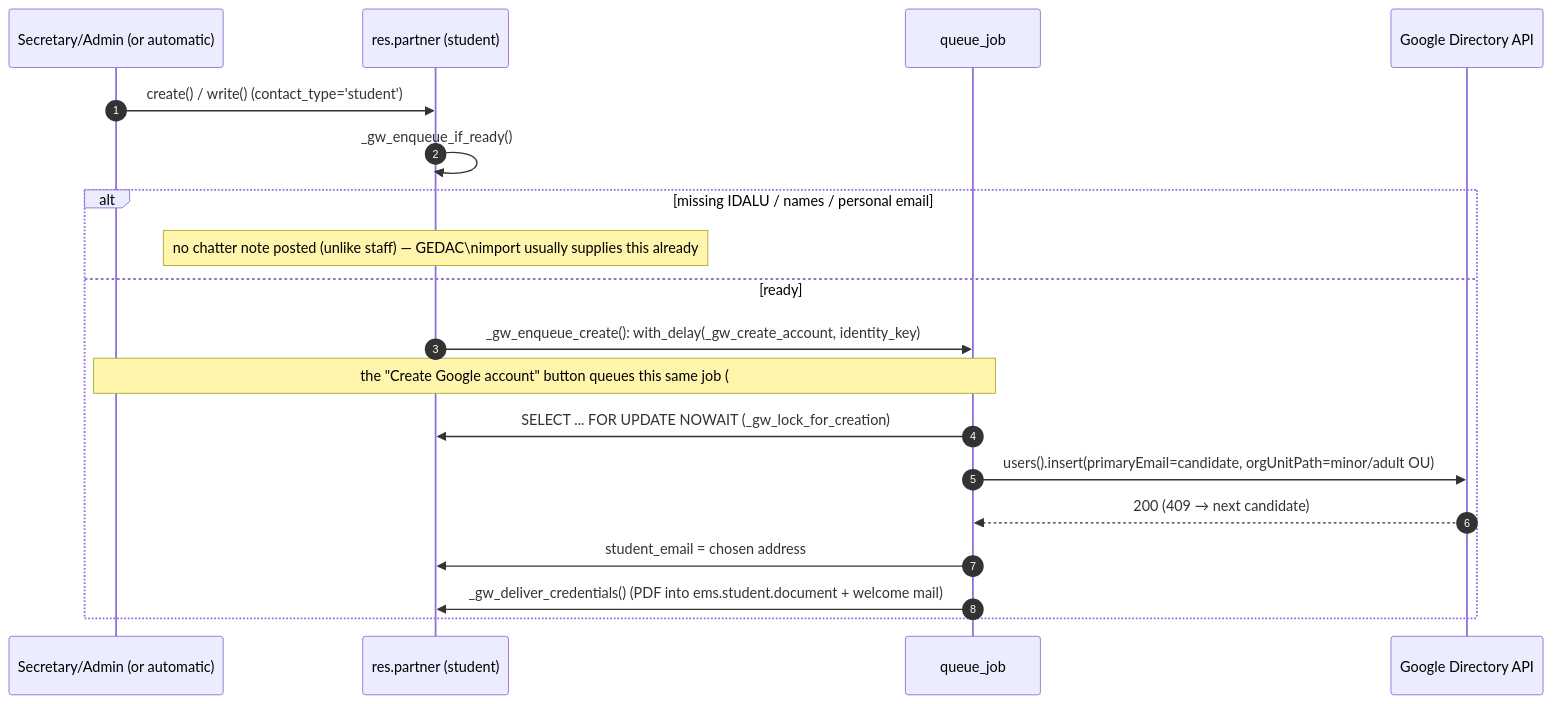
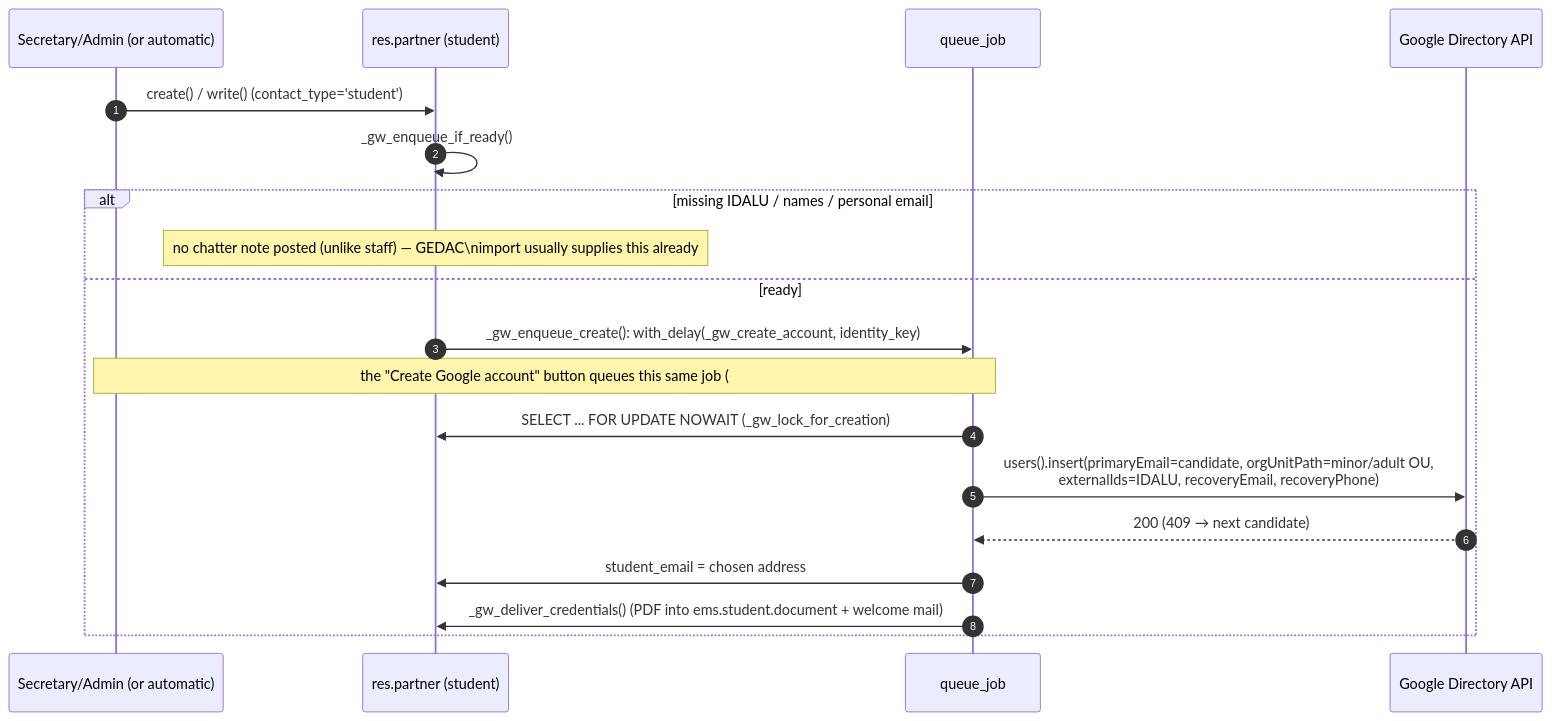
One commit to ElPuig/EMS changed the first of 6 diagrams in docs/en/developers/contacts/google_workspace_student.md. Above: the diagram before and after it, drawn with Mermaid. The commit also changed other lines of this file and 10 other files, not shown here.

````diff
--- a/docs/en/developers/contacts/google_workspace_student.md
+++ b/docs/en/developers/contacts/google_workspace_student.md
@@ -20,22 +20,22 @@
 ```mermaid
 sequenceDiagram
     autonumber
     participant U as Secretary/Admin (or automatic)
     participant P as res.partner (student)
     participant Q as queue_job
     participant G as Google Directory API
 
     U->>P: create() / write() (contact_type='student')
     P->>P: _gw_enqueue_if_ready()
     alt missing IDALU / names / personal email
         Note over P: no chatter note posted (unlike staff) — GEDAC\nimport usually supplies this already
     else ready
         P->>Q: _gw_enqueue_create(): with_delay(_gw_create_account, identity_key)
         Note over U,Q: the "Create Google account" button queues this same job (#582)
         Q->>P: SELECT ... FOR UPDATE NOWAIT (_gw_lock_for_creation)
-        Q->>G: users().insert(primaryEmail=candidate, orgUnitPath=minor/adult OU)
+        Q->>G: users().insert(primaryEmail=candidate, orgUnitPath=minor/adult OU,<br/>externalIds=IDALU, recoveryEmail, recoveryPhone)
         G-->>Q: 200 (409 → next candidate)
         Q->>P: student_email = chosen address
         Q->>P: _gw_deliver_credentials() (PDF into ems.student.document + welcome mail)
     end
 ```
````
